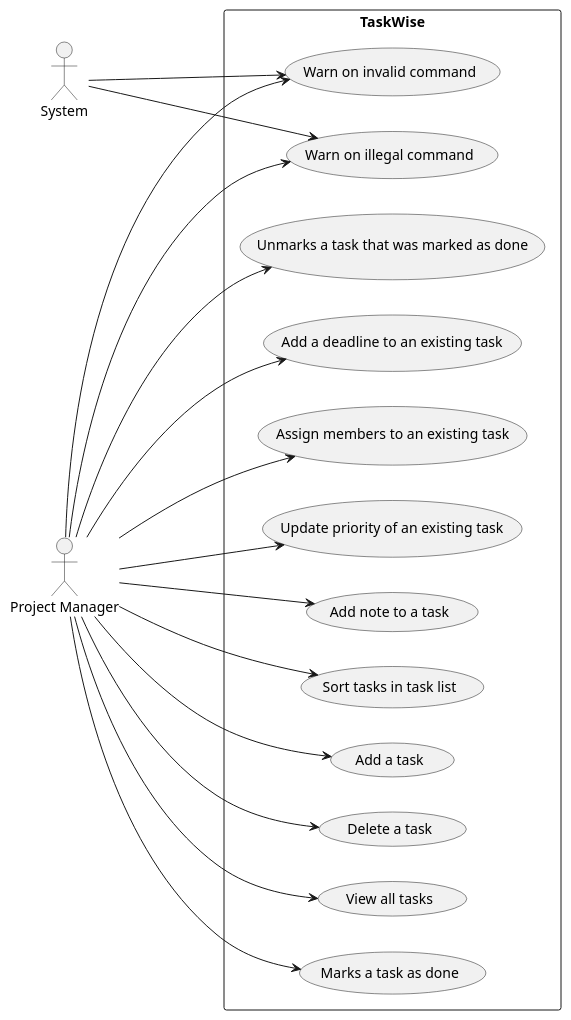
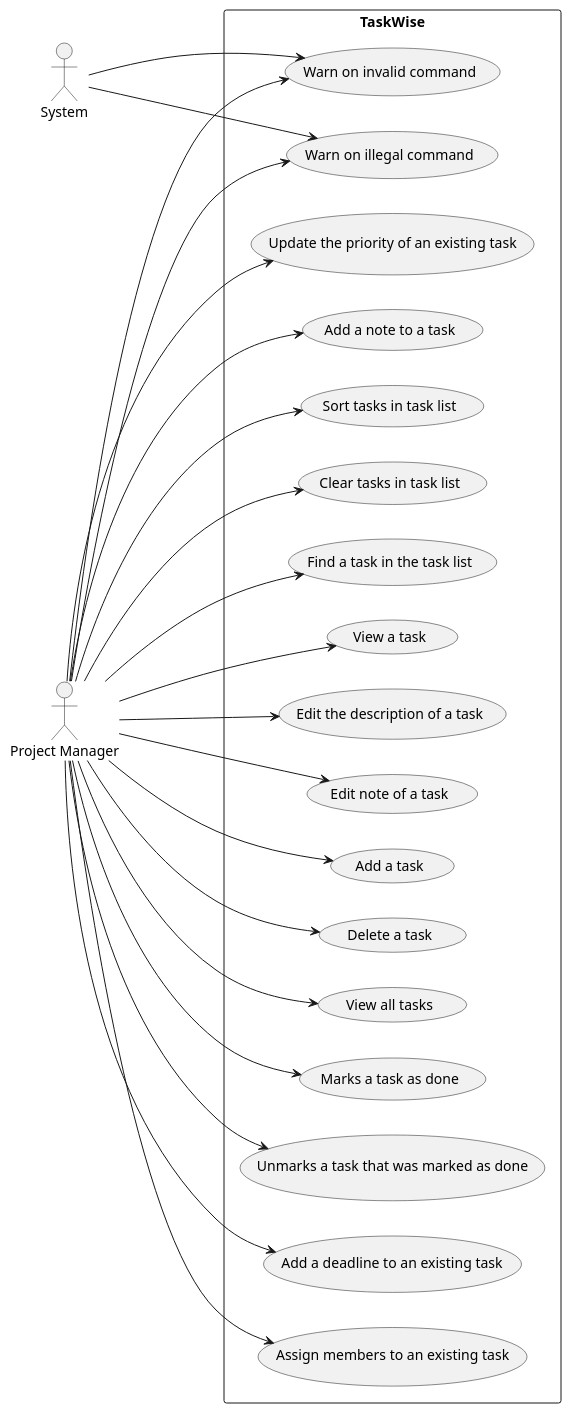
The diagram in docs/diagrams/UseCaseDiagram.puml (seantehds/tp), drawn with PlantUML before and after one commit. The commit also changed 3 other files, not shown here.

```diff
--- a/docs/diagrams/UseCaseDiagram.puml
+++ b/docs/diagrams/UseCaseDiagram.puml
@@ -1,37 +1,47 @@
 @startuml
 left to right direction
 
 :System: as System
 :Project Manager: as User
 
 rectangle TaskWise {
     usecase "Add a task" as UC01
     usecase "Delete a task" as UC02
     usecase "View all tasks" as UC03
     usecase "Marks a task as done" as UC04
     usecase "Unmarks a task that was marked as done" as UC05
     usecase "Warn on invalid command" as UC06
     usecase "Warn on illegal command" as UC07
     usecase "Add a deadline to an existing task" as UC08
     usecase "Assign members to an existing task" as UC09
-    usecase "Update priority of an existing task" as UC10
-    usecase "Add note to a task" as UC11
+    usecase "Update the priority of an existing task" as UC10
+    usecase "Add a note to a task" as UC11
     usecase "Sort tasks in task list" as UC12
+    usecase "Clear tasks in task list" as UC13
+    usecase "Find a task in the task list" as UC14
+    usecase "View a task" as UC15
+    usecase "Edit the description of a task" as UC16
+    usecase "Edit note of a task" as UC17
 }
 
 User ---> UC01
 User ---> UC02
 User ---> UC03
 User ---> UC04
 User ---> UC05
 User ---> UC06
 User ---> UC07
 User ---> UC08
 User ---> UC09
 User ---> UC10
 User ---> UC11
 User ---> UC12
+User ---> UC13
+User ---> UC14
+User ---> UC15
+User ---> UC16
+User ---> UC17
 
 System ---> UC06
 System ---> UC07
 @enduml
```
